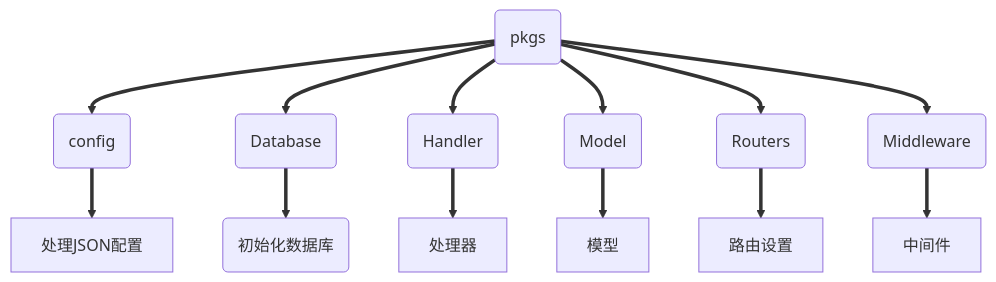
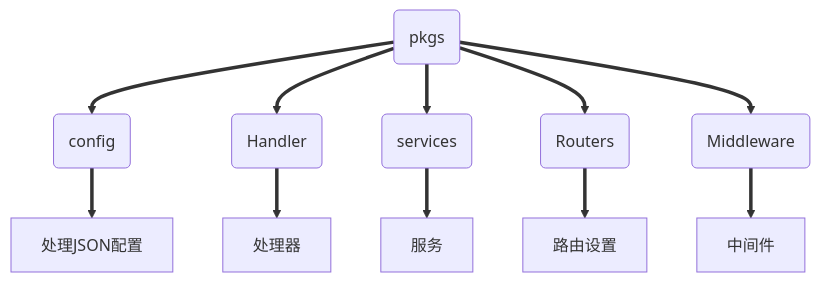
The first of 2 diagrams in readme.md (kip234/MessageBoard), drawn with Mermaid before and after one commit. The commit also changed other lines of this file and 17 other files, not shown here.

````diff
--- a/readme.md
+++ b/readme.md
@@ -61,10 +61,9 @@
 ```mermaid
 graph TD
 all(pkgs)
 all==>pkg1(config)==>处理JSON配置
-all==>pkg2(Database)==>1(初始化数据库)
 all==>pkg3(Handler)==>处理器
-all==>pkg4(Model)==>模型
+all==>pkg4(services)==>服务
 all==>pkg5(Routers)==>路由设置
 all==>pkg6(Middleware)==>中间件
 ```
````
